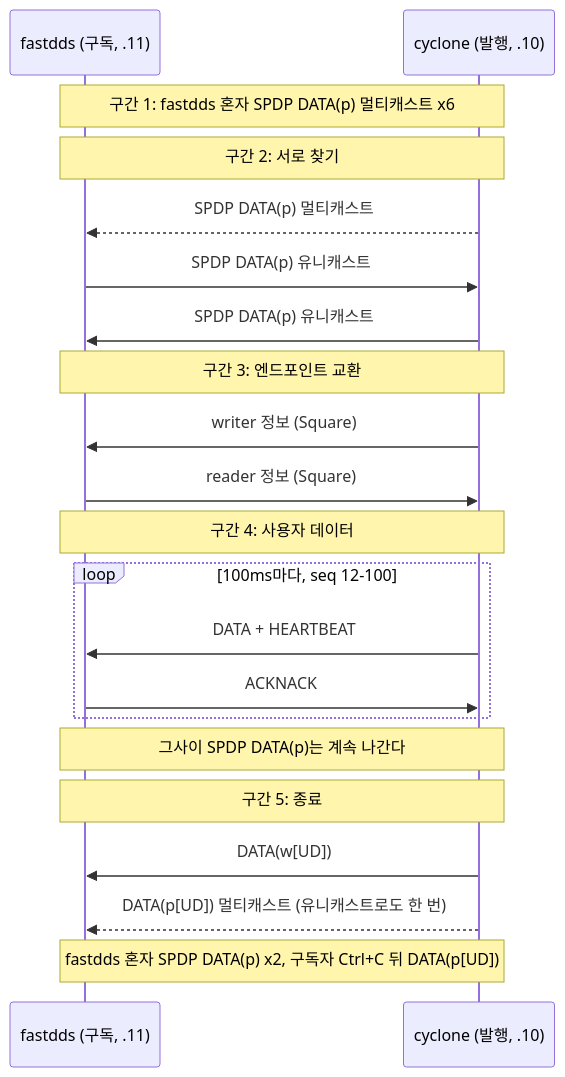
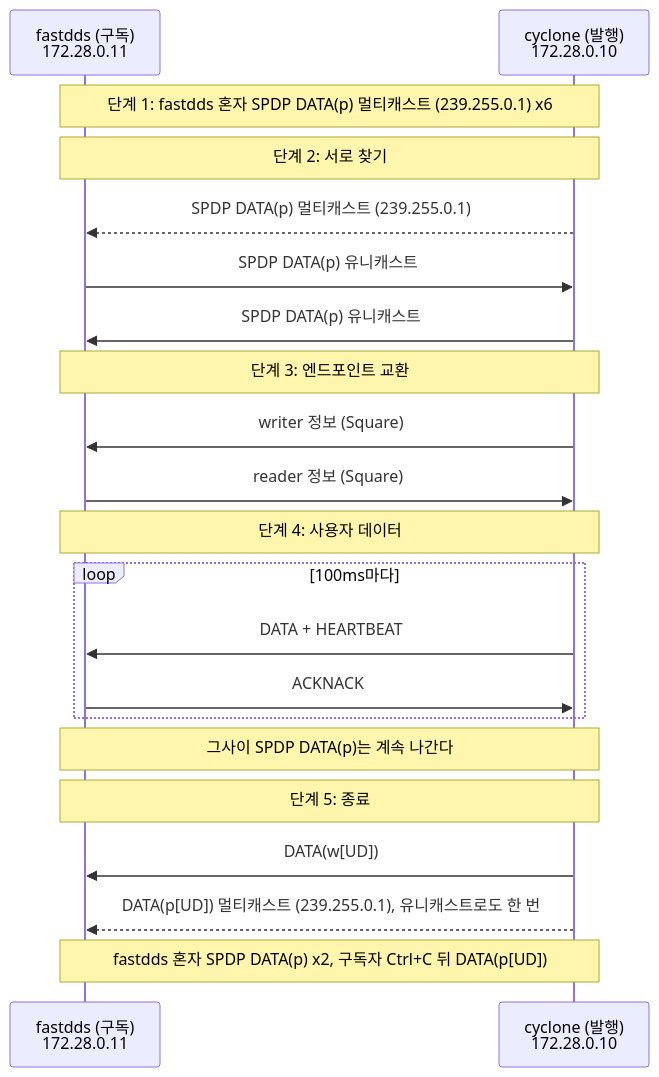
One commit to danielhongwoo/mdds changed the diagram in book/03-first-communication/README.md. Above: the diagram before and after it, drawn with Mermaid. The commit also changed other lines of this file and 38 other files, not shown here.

````diff
--- a/book/03-first-communication/README.md
+++ b/book/03-first-communication/README.md
@@ -178,23 +145,23 @@
 ```mermaid
 sequenceDiagram
-    participant F as fastdds (구독, .11)
-    participant C as cyclone (발행, .10)
-    Note over F,C: 구간 1: fastdds 혼자 SPDP DATA(p) 멀티캐스트 x6
-    Note over F,C: 구간 2: 서로 찾기
-    C-->>F: SPDP DATA(p) 멀티캐스트
+    participant F as fastdds (구독)<br/>172.28.0.11
+    participant C as cyclone (발행)<br/>172.28.0.10
+    Note over F,C: 단계 1: fastdds 혼자 SPDP DATA(p) 멀티캐스트 (239.255.0.1) x6
+    Note over F,C: 단계 2: 서로 찾기
+    C-->>F: SPDP DATA(p) 멀티캐스트 (239.255.0.1)
     F->>C: SPDP DATA(p) 유니캐스트
     C->>F: SPDP DATA(p) 유니캐스트
-    Note over F,C: 구간 3: 엔드포인트 교환
+    Note over F,C: 단계 3: 엔드포인트 교환
     C->>F: writer 정보 (Square)
     F->>C: reader 정보 (Square)
-    Note over F,C: 구간 4: 사용자 데이터
-    loop 100ms마다, seq 12-100
+    Note over F,C: 단계 4: 사용자 데이터
+    loop 100ms마다
         C->>F: DATA + HEARTBEAT
         F->>C: ACKNACK
     end
     Note over F,C: 그사이 SPDP DATA(p)는 계속 나간다
-    Note over F,C: 구간 5: 종료
+    Note over F,C: 단계 5: 종료
     C->>F: DATA(w[UD])
-    C-->>F: DATA(p[UD]) 멀티캐스트 (유니캐스트로도 한 번)
+    C-->>F: DATA(p[UD]) 멀티캐스트 (239.255.0.1), 유니캐스트로도 한 번
     Note over F,C: fastdds 혼자 SPDP DATA(p) x2, 구독자 Ctrl+C 뒤 DATA(p[UD])
 ```
````
